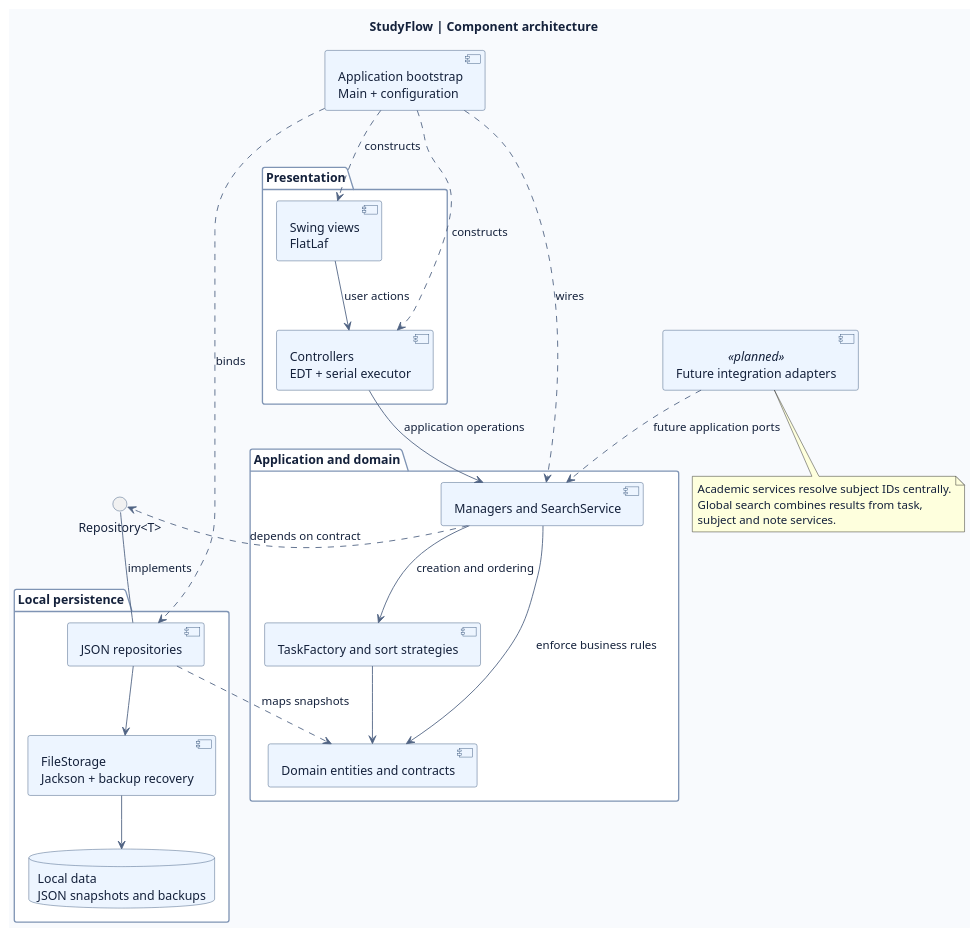
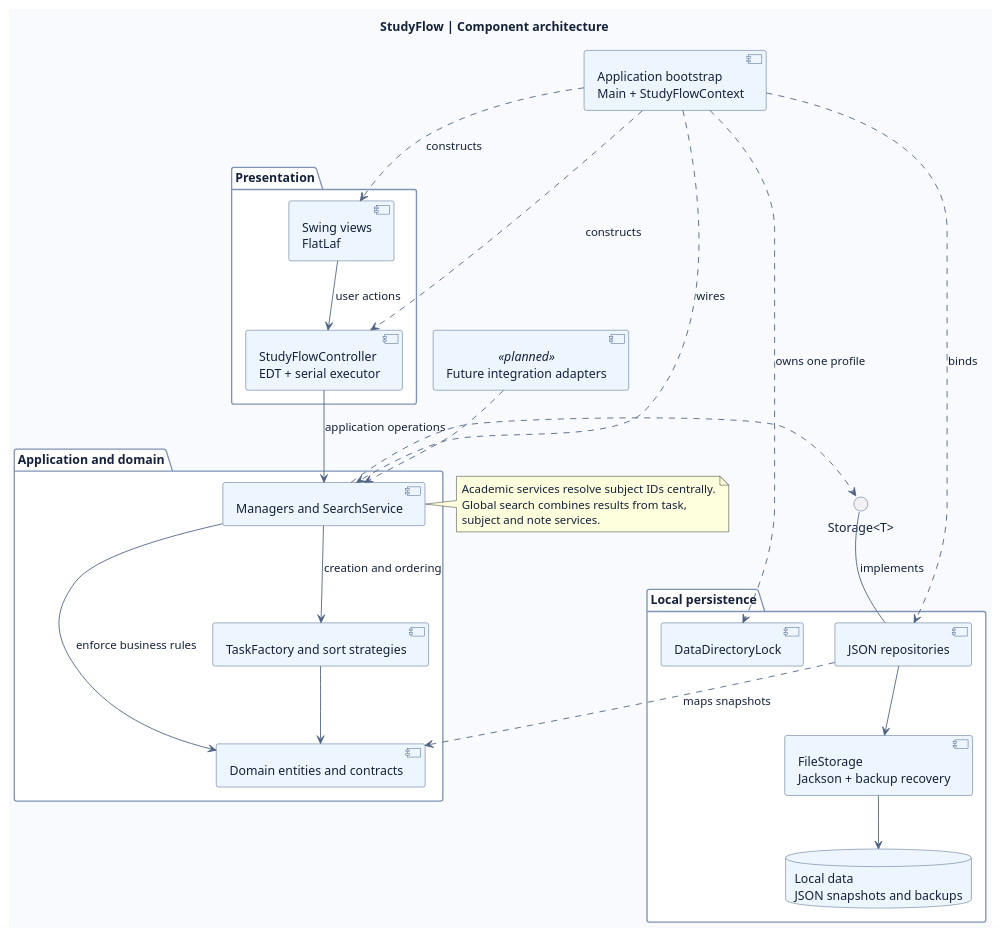
One commit to Dishitha09/StudyFlow changed the diagram in docs/uml/component-diagram.puml. Above: the diagram before and after it, drawn with PlantUML. The commit also changed 30 other files, not shown here.

```diff
--- a/docs/uml/component-diagram.puml
+++ b/docs/uml/component-diagram.puml
@@ -1,59 +1,61 @@
 @startuml
 title StudyFlow | Component architecture
 top to bottom direction
 skinparam backgroundColor #F8FAFD
 skinparam defaultFontName Segoe UI
 skinparam defaultFontColor #14213B
 skinparam shadowing false
 skinparam ArrowColor #506383
 skinparam componentBorderColor #345279
 skinparam componentBackgroundColor #EDF5FF
 skinparam interfaceBorderColor #345279
 skinparam packageBorderColor #7F94B4
 skinparam packageBackgroundColor #FFFFFF
 skinparam databaseBorderColor #345279
 skinparam databaseBackgroundColor #EDF5FF
 
-component "Application bootstrap\nMain + configuration" as Bootstrap
+component "Application bootstrap\nMain + StudyFlowContext" as Bootstrap
 
 package "Presentation" {
   component "Swing views\nFlatLaf" as Views
-  component "Controllers\nEDT + serial executor" as Controllers
+  component "StudyFlowController\nEDT + serial executor" as Controllers
   Views --> Controllers : user actions
 }
 
 package "Application and domain" {
   component "Managers and SearchService" as Services
   component "TaskFactory and sort strategies" as Policies
   component "Domain entities and contracts" as Domain
   Services --> Policies : creation and ordering
   Services --> Domain : enforce business rules
   Policies --> Domain
 }
 
-interface "Repository<T>" as Repository
+interface "Storage<T>" as Repository
 
 package "Local persistence" {
   component "JSON repositories" as JsonRepositories
   component "FileStorage\nJackson + backup recovery" as FileStorage
+  component "DataDirectoryLock" as Lock
   database "Local data\nJSON snapshots and backups" as Files
   JsonRepositories --> FileStorage
   FileStorage --> Files
 }
 
 component "Future integration adapters" as Integrations <<planned>>
 Bootstrap ..> Views : constructs
 Bootstrap ..> Controllers : constructs
 Bootstrap ..> Services : wires
 Bootstrap ..> JsonRepositories : binds
+Bootstrap ..> Lock : owns one profile
 Controllers --> Services : application operations
-Services ..> Repository : depends on contract
+Services ..> Repository
 JsonRepositories -up- Repository : implements
 JsonRepositories ..> Domain : maps snapshots
-Integrations ..> Services : future application ports
-note bottom
+Integrations ..> Services
+note right of Services
   Academic services resolve subject IDs centrally.
   Global search combines results from task,
   subject and note services.
 end note
 @enduml
```
